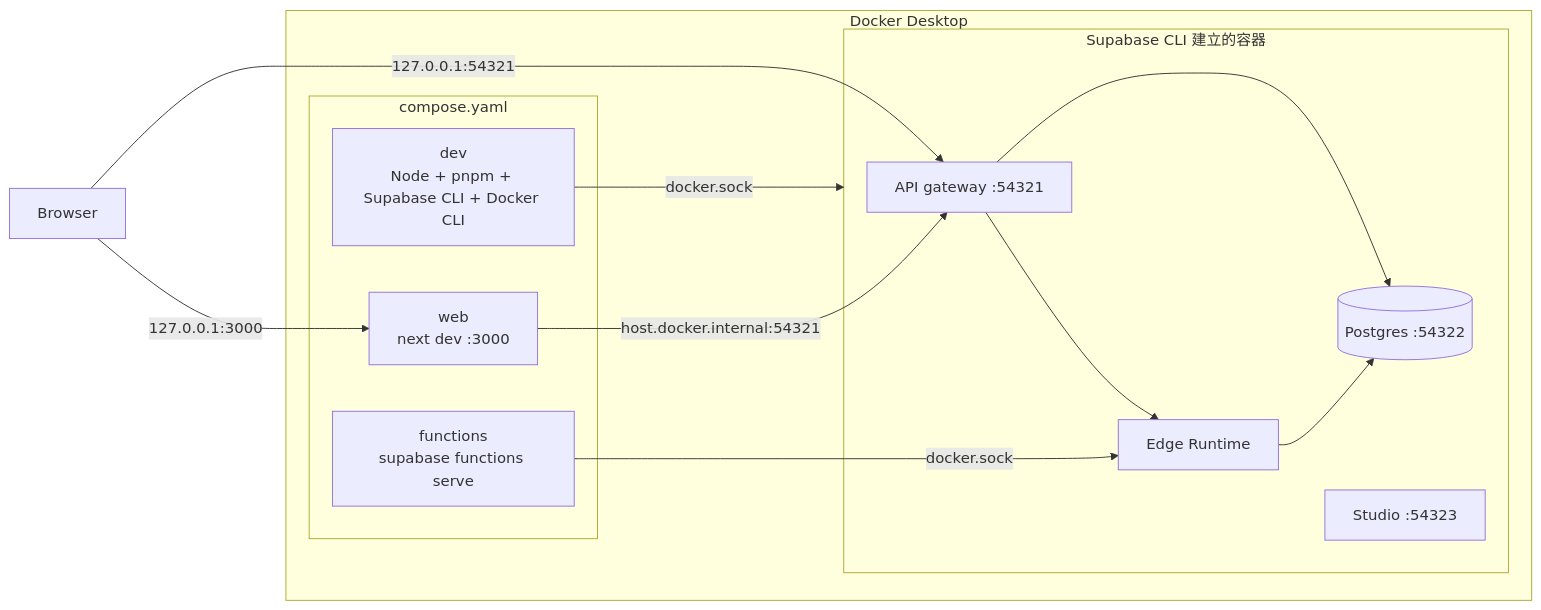
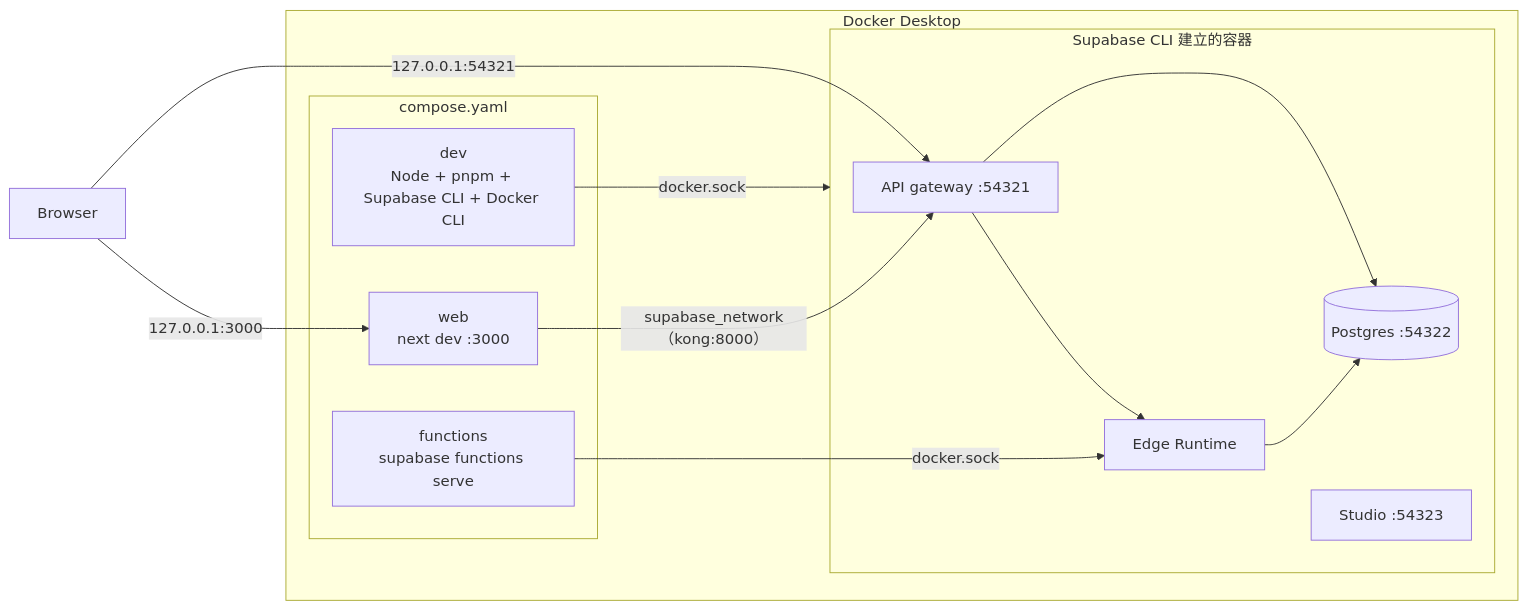
The third of 3 diagrams in docs/TECHNICAL_SPEC.md (JohnsonHuang555/mining-expedition), drawn with Mermaid before and after one commit. The commit also changed other lines of this file and 2 other files, not shown here.

````diff
--- a/docs/TECHNICAL_SPEC.md
+++ b/docs/TECHNICAL_SPEC.md
@@ -718,24 +718,24 @@
 ```mermaid
 flowchart LR
     subgraph Host["Docker Desktop"]
         subgraph Compose["compose.yaml"]
             DEV[dev<br/>Node + pnpm + Supabase CLI + Docker CLI]
             WEB[web<br/>next dev :3000]
             FN[functions<br/>supabase functions serve]
         end
         subgraph SB["Supabase CLI 建立的容器"]
             KONG[API gateway :54321]
             PG[(Postgres :54322)]
             ER[Edge Runtime]
             ST[Studio :54323]
         end
     end
     DEV -- docker.sock --> SB
     FN -- docker.sock --> ER
-    WEB -- host.docker.internal:54321 --> KONG
+    WEB -- supabase_network（kong:8000） --> KONG
     KONG --> ER
     KONG --> PG
     ER --> PG
     Browser -- 127.0.0.1:3000 --> WEB
     Browser -- 127.0.0.1:54321 --> KONG
 ```
````
